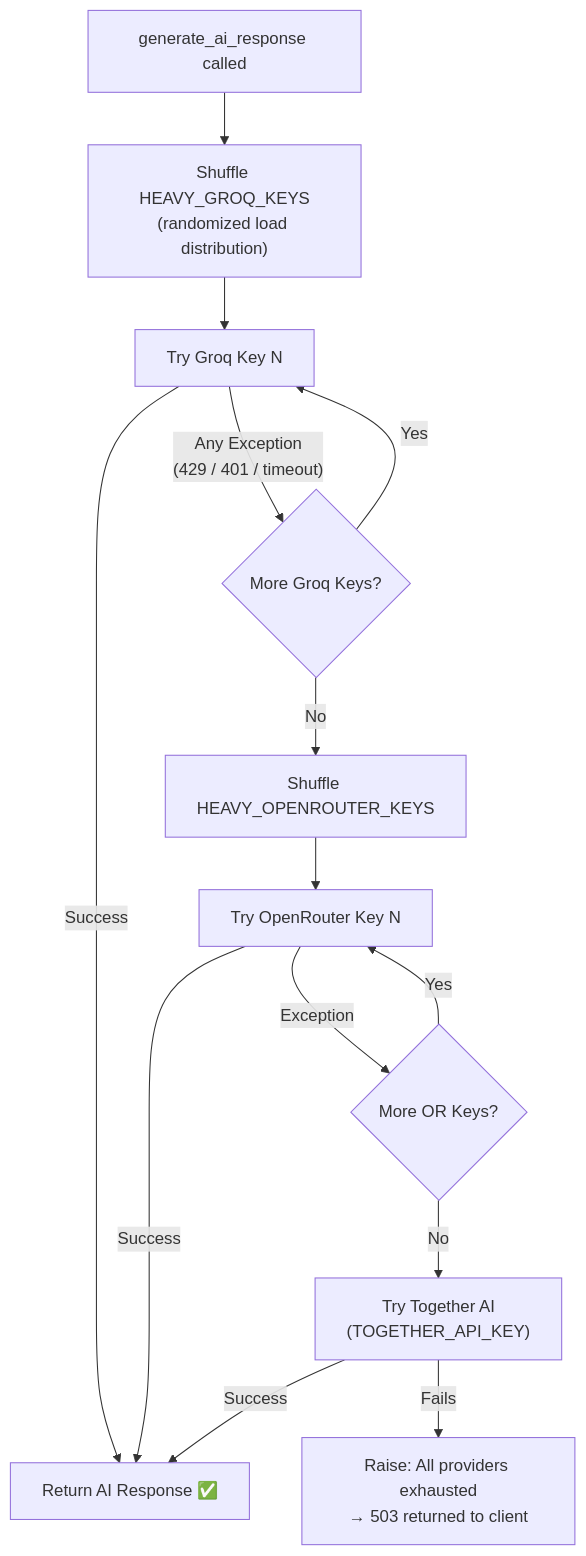
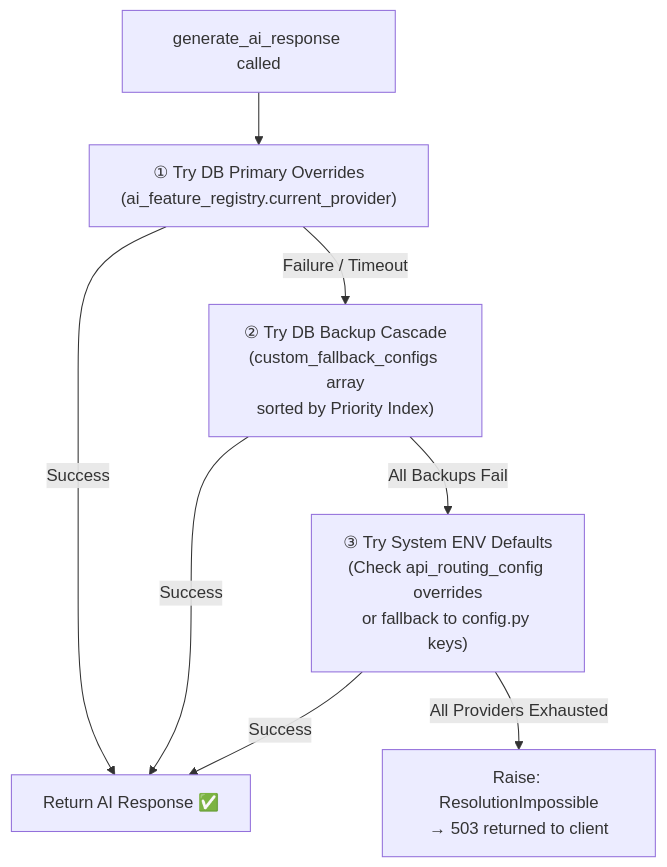
Before and after one commit to CodeWithPritom/ScholarHub-frontend: the sixth of 11 diagrams in SYSTEM_ARCHITECTURE_DEEP_DIVE.md, drawn with Mermaid. The commit also changed other lines of this file and 15 other files, not shown here.

````diff
--- a/SYSTEM_ARCHITECTURE_DEEP_DIVE.md
+++ b/SYSTEM_ARCHITECTURE_DEEP_DIVE.md
@@ -312,16 +318,12 @@
 ```mermaid
 flowchart TD
-    Call["generate_ai_response called"] --> ShuffleGroq["Shuffle HEAVY_GROQ_KEYS\n(randomized load distribution)"]
-    ShuffleGroq --> TryGroq["Try Groq Key N"]
-    TryGroq -- "Success" --> Return["Return AI Response ✅"]
-    TryGroq -- "Any Exception\n(429 / 401 / timeout)" --> NextGroq{"More Groq Keys?"}
-    NextGroq -- "Yes" --> TryGroq
-    NextGroq -- "No" --> ShuffleOR["Shuffle HEAVY_OPENROUTER_KEYS"]
-    ShuffleOR --> TryOR["Try OpenRouter Key N"]
-    TryOR -- "Success" --> Return
-    TryOR -- "Exception" --> NextOR{"More OR Keys?"}
-    NextOR -- "Yes" --> TryOR
-    NextOR -- "No" --> TryTogether["Try Together AI\n(TOGETHER_API_KEY)"]
-    TryTogether -- "Success" --> Return
-    TryTogether -- "Fails" --> Raise["Raise: All providers exhausted\n→ 503 returned to client"]
+    Call["generate_ai_response called"] --> TryDBPrimary["① Try DB Primary Overrides\n(ai_feature_registry.current_provider)"]
+    TryDBPrimary -- "Success" --> Return["Return AI Response ✅"]
+    TryDBPrimary -- "Failure / Timeout" --> TryDBBackups["② Try DB Backup Cascade\n(custom_fallback_configs array\nsorted by Priority Index)"]
+    
+    TryDBBackups -- "Success" --> Return
+    TryDBBackups -- "All Backups Fail" --> TryEnvDefaults["③ Try System ENV Defaults\n(Check api_routing_config overrides\nor fallback to config.py keys)"]
+    
+    TryEnvDefaults -- "Success" --> Return
+    TryEnvDefaults -- "All Providers Exhausted" --> Raise["Raise: ResolutionImpossible\n→ 503 returned to client"]
 ```
````
